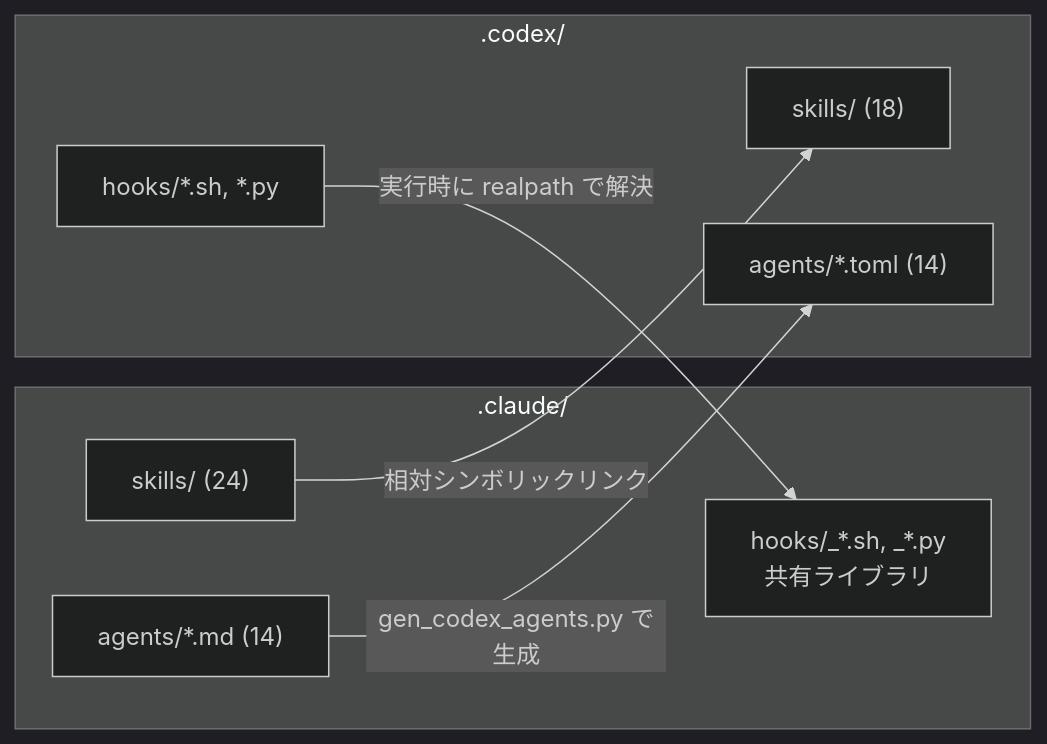
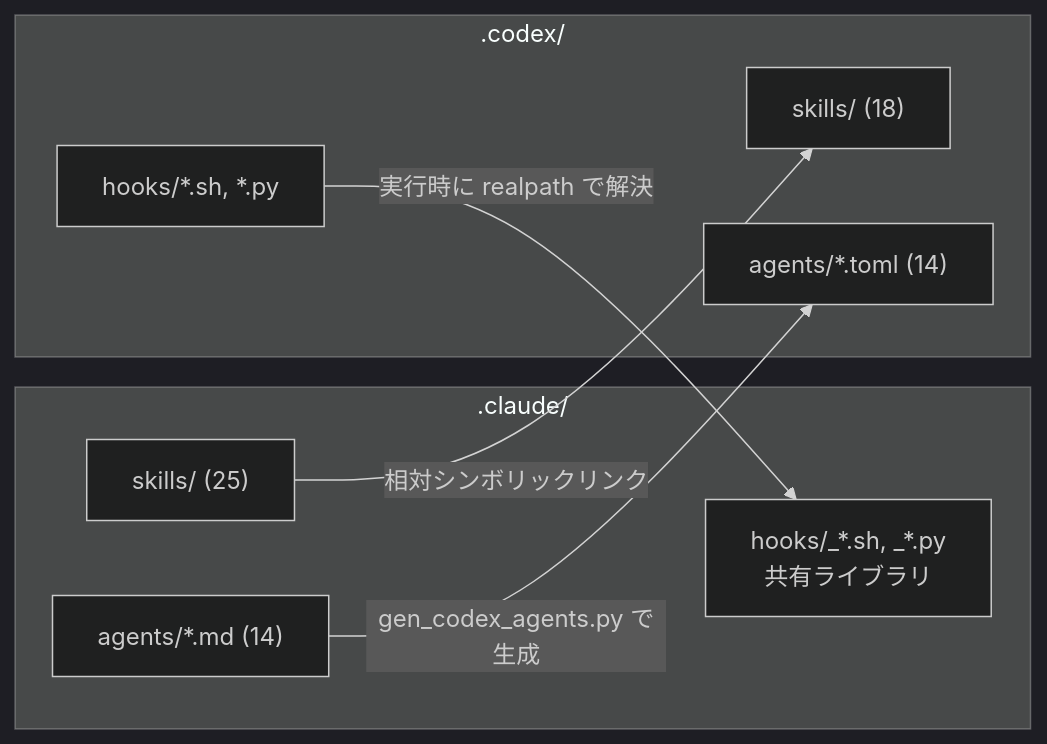
One commit to sardonyx0827/dotfiles changed the fourth of 4 diagrams in docs/claude-architecture.md. Above: the diagram before and after it, drawn with Mermaid (dark theme). The commit also changed other lines of this file and 5 other files, not shown here.

````diff
--- a/docs/claude-architecture.md
+++ b/docs/claude-architecture.md
@@ -230,18 +230,18 @@
 ```mermaid
 flowchart LR
     subgraph CLAUDE[".claude/"]
-        CS["skills/ (24)"]
+        CS["skills/ (25)"]
         CA["agents/*.md (14)"]
         CH["hooks/_*.sh, _*.py<br/>共有ライブラリ"]
     end
 
     subgraph CODEX[".codex/"]
         XS["skills/ (18)"]
         XA["agents/*.toml (14)"]
         XH["hooks/*.sh, *.py"]
     end
 
     CS -->|"相対シンボリックリンク"| XS
     CA -->|"gen_codex_agents.py で生成"| XA
     XH -->|"実行時に realpath で解決"| CH
 ```
````
